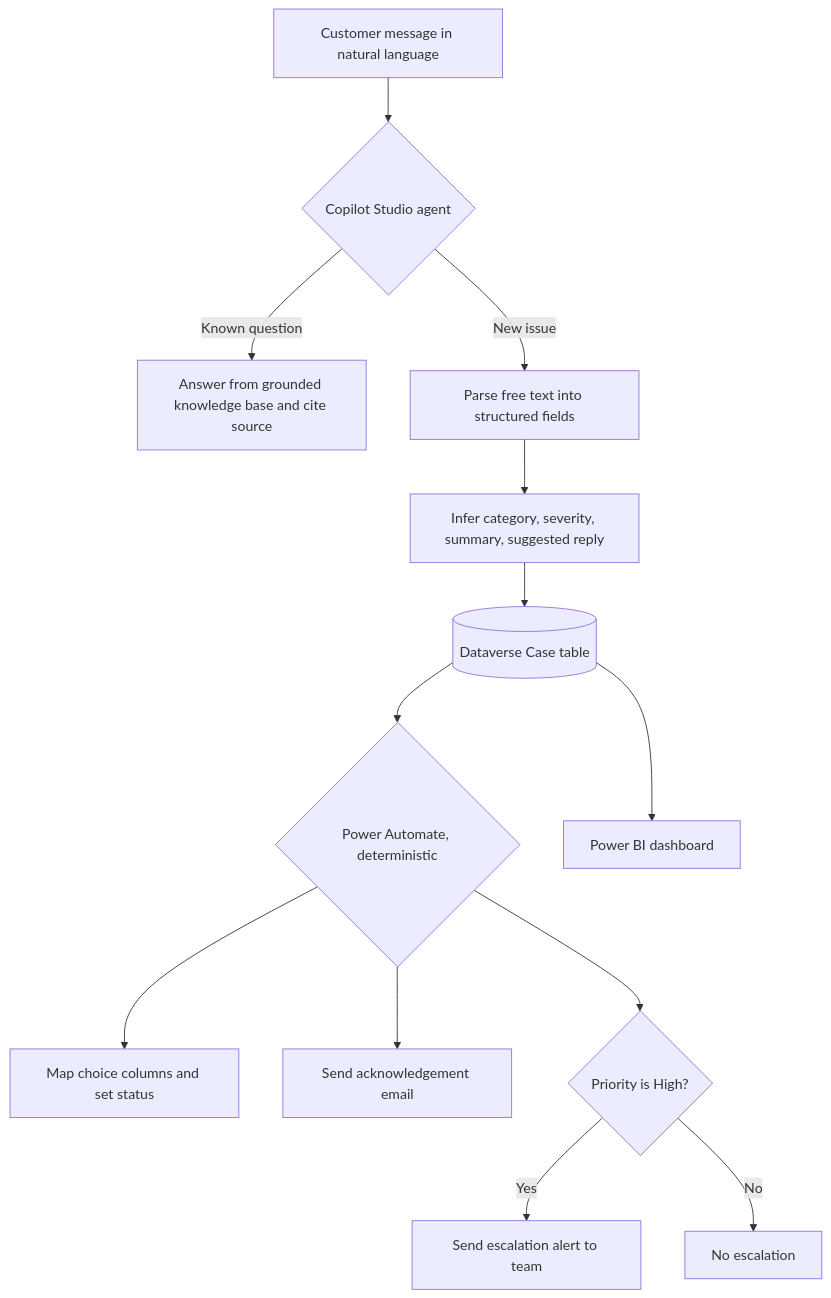
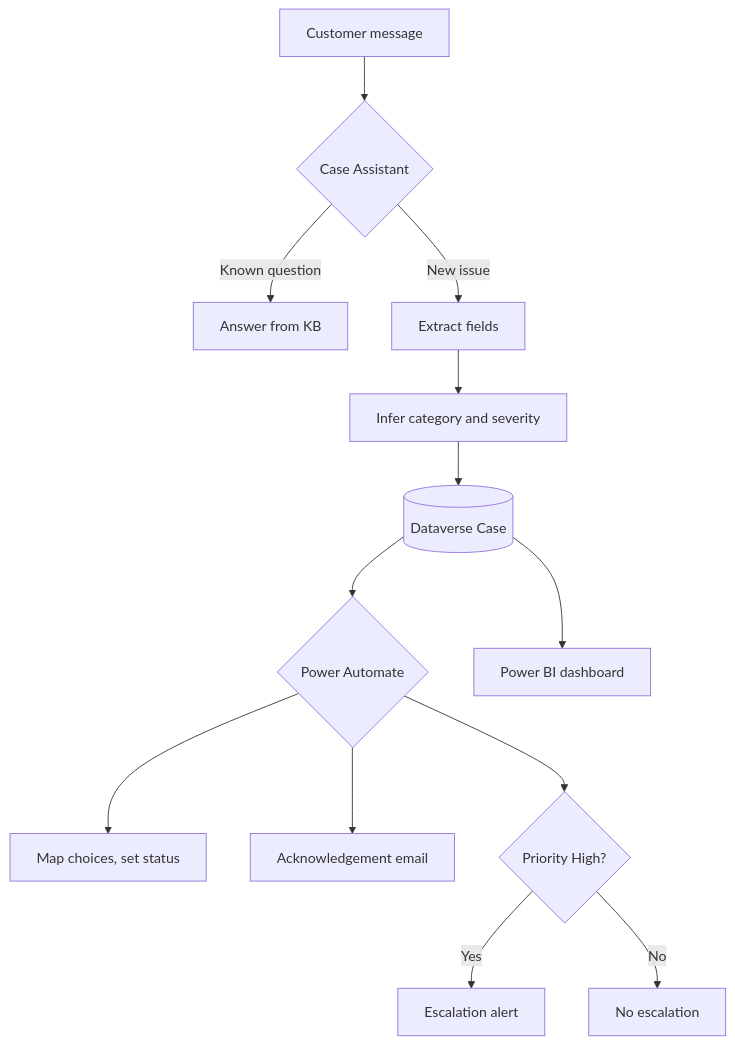
The diagram in README.md (VioletActual/ai-case-management-power-platform), drawn with Mermaid before and after one commit. The commit also changed other lines of this file, not shown here.

Commit message:
Shorten diagram labels

````diff
--- a/README.md
+++ b/README.md
@@ -81,15 +52,15 @@
 ```mermaid
 flowchart TD
-    A[Customer message in natural language] --> B{Copilot Studio agent}
-    B -->|Known question| C[Answer from grounded knowledge base and cite source]
-    B -->|New issue| D[Parse free text into structured fields]
-    D --> E[Infer category, severity, summary, suggested reply]
-    E --> F[(Dataverse Case table)]
-    F --> G{Power Automate, deterministic}
-    G --> H[Map choice columns and set status]
-    G --> I[Send acknowledgement email]
-    G --> J{Priority is High?}
-    J -->|Yes| K[Send escalation alert to team]
+    A[Customer message] --> B{Case Assistant}
+    B -->|Known question| C[Answer from KB]
+    B -->|New issue| D[Extract fields]
+    D --> E[Infer category and severity]
+    E --> F[(Dataverse Case)]
+    F --> G{Power Automate}
+    G --> H[Map choices, set status]
+    G --> I[Acknowledgement email]
+    G --> J{Priority High?}
+    J -->|Yes| K[Escalation alert]
     J -->|No| L[No escalation]
     F --> M[Power BI dashboard]
 ```
````
